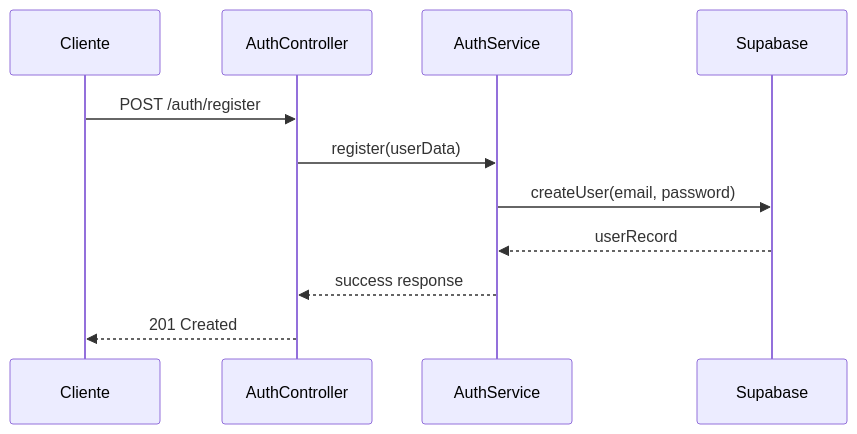
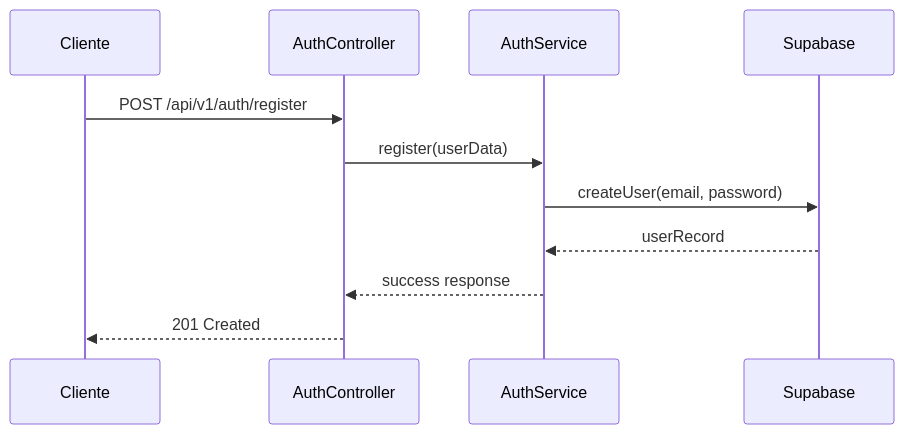
Before and after one commit to CodeCrafters-ES/tribehub-social_network-backend: the second of 2 diagrams in README.md, drawn with Mermaid. The commit also changed other lines of this file and 17 other files, not shown here.

````diff
--- a/README.md
+++ b/README.md
@@ -47,14 +47,14 @@
 ```mermaid
 sequenceDiagram
     participant C as Cliente
     participant A as AuthController
     participant S as AuthService
     participant U as Supabase
 
-    C->>A: POST /auth/register
+    C->>A: POST /api/v1/auth/register
     A->>S: register(userData)
     S->>U: createUser(email, password)
     U-->>S: userRecord
     S-->>A: success response
     A-->>C: 201 Created
 ```
````
